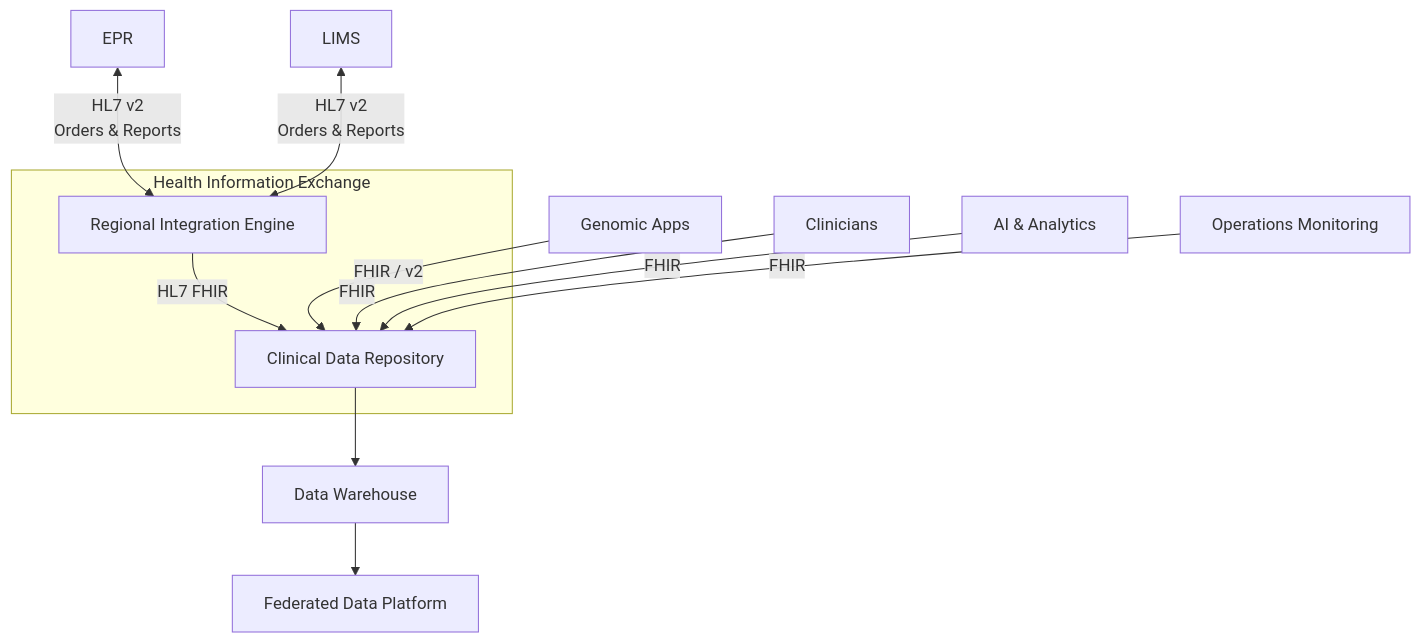
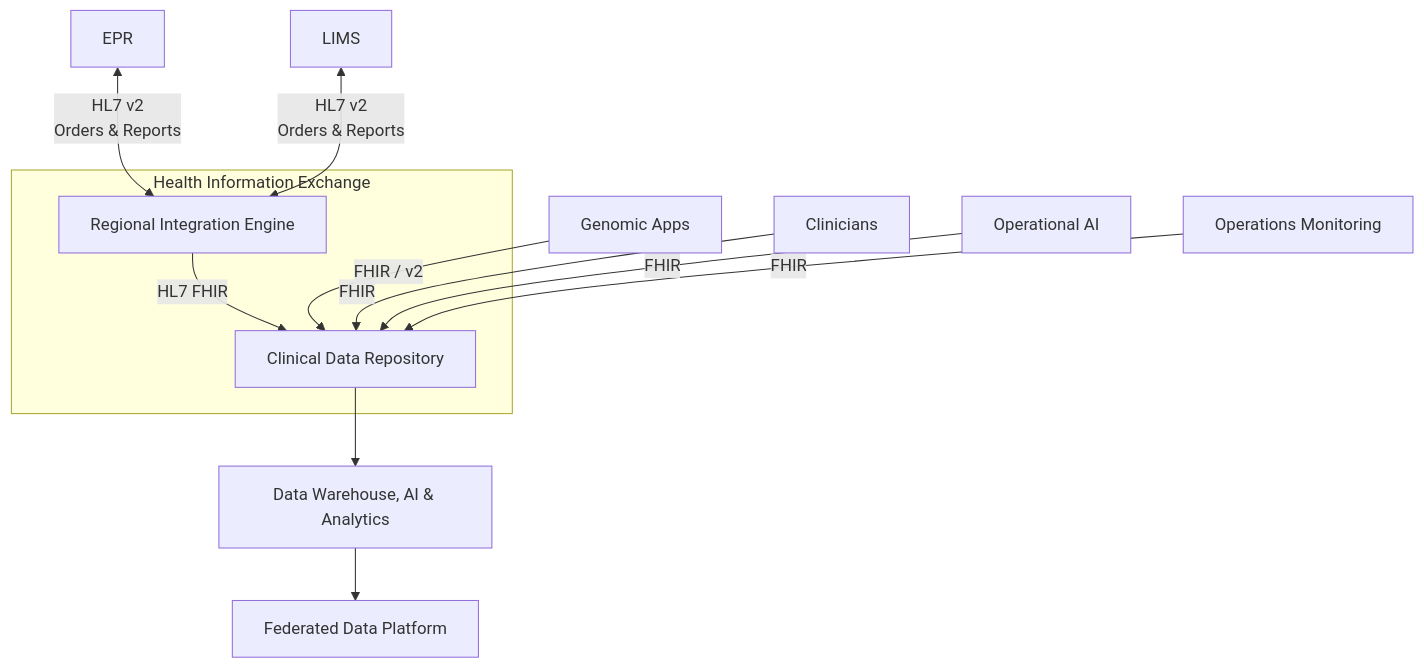
Before and after one commit to uk-gov-mirror/nw-gmsa.nw-gmsa.github.com: the first of 2 diagrams in input/pagecontent/data-contracts.md, drawn with Mermaid.

Commit message:
Wording change

````diff
--- a/input/pagecontent/data-contracts.md
+++ b/input/pagecontent/data-contracts.md
@@ -4,17 +4,17 @@
 ```mermaid
 graph TD
     EHR[EPR] <--> |HL7 v2<br/>Orders & Reports| RIE
     LIMS[LIMS] <--> |HL7 v2<br/>Orders & Reports| RIE
 
     subgraph HIE["Health Information Exchange"]
         RIE[Regional Integration Engine] --> |HL7 FHIR| CDR[Clinical Data Repository]
     end
 
     GA[Genomic Apps] --> |FHIR / v2| CDR
     Clinician[Clinicians] --> |FHIR| CDR
-    AI[AI & Analytics] --> |FHIR| CDR
+    AI[Operational AI] --> |FHIR| CDR
     Ops[Operations Monitoring] --> |FHIR| CDR
 
-    CDR --> OLAP[Data Warehouse]
+    CDR --> OLAP[Data Warehouse, AI & Analytics]
     OLAP --> FDP[Federated Data Platform]
 ```
````
